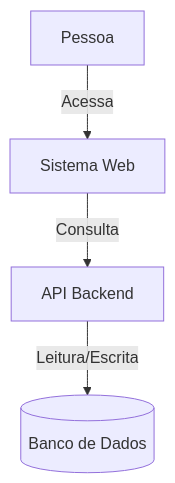
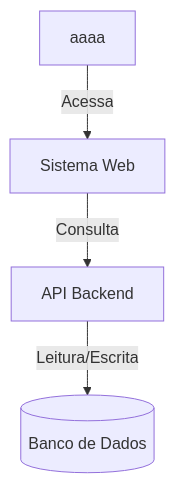
Before and after one commit to rafaelTsu/teste: the diagram in arquitetura/diagramas/sistema.mmd, drawn with Mermaid.

```diff
--- a/arquitetura/diagramas/sistema.mmd
+++ b/arquitetura/diagramas/sistema.mmd
@@ -1,4 +1,4 @@
 graph TD
-    A[Pessoa] -->|Acessa| B[Sistema Web]
+    A[aaaa] -->|Acessa| B[Sistema Web]
     B -->|Consulta| C[API Backend]
     C -->|Leitura/Escrita| D[(Banco de Dados)]
```
